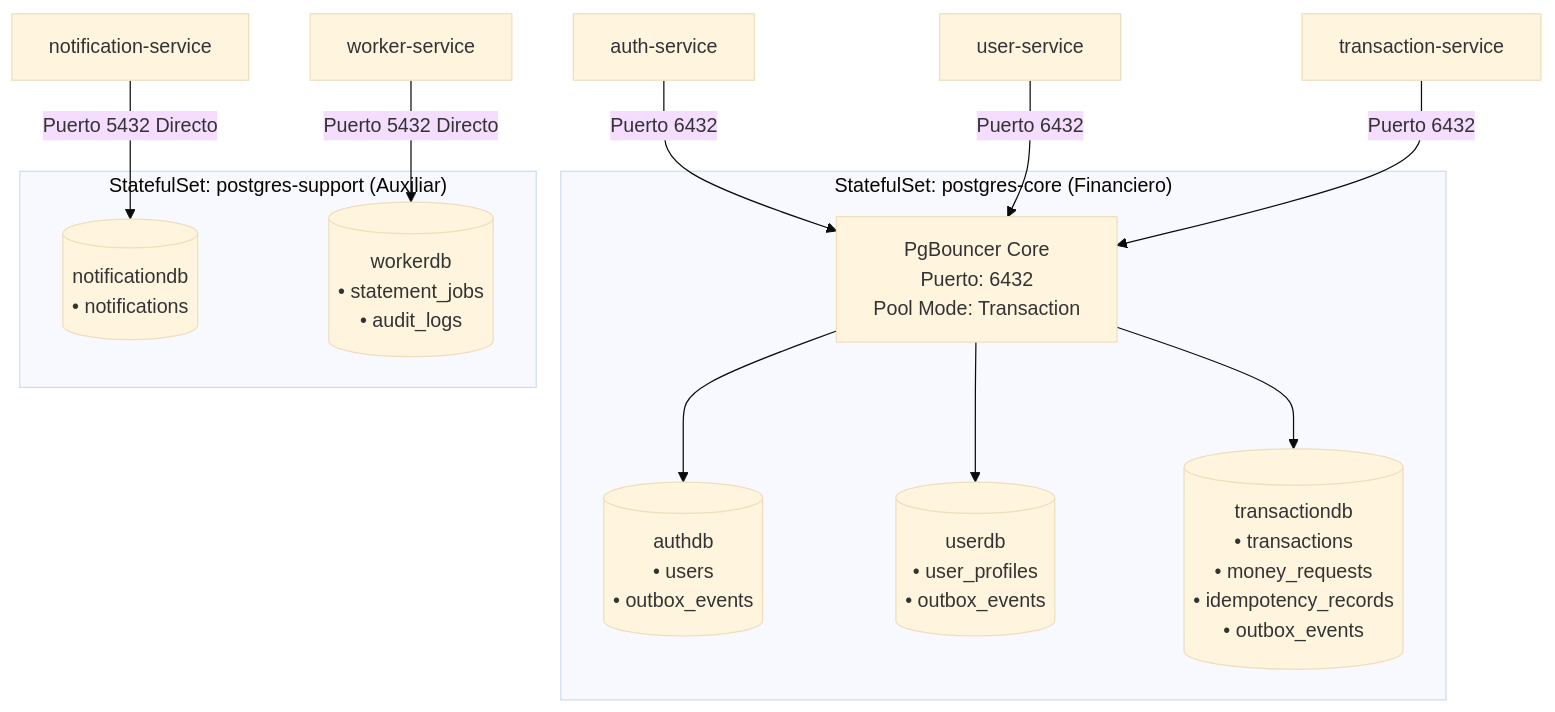
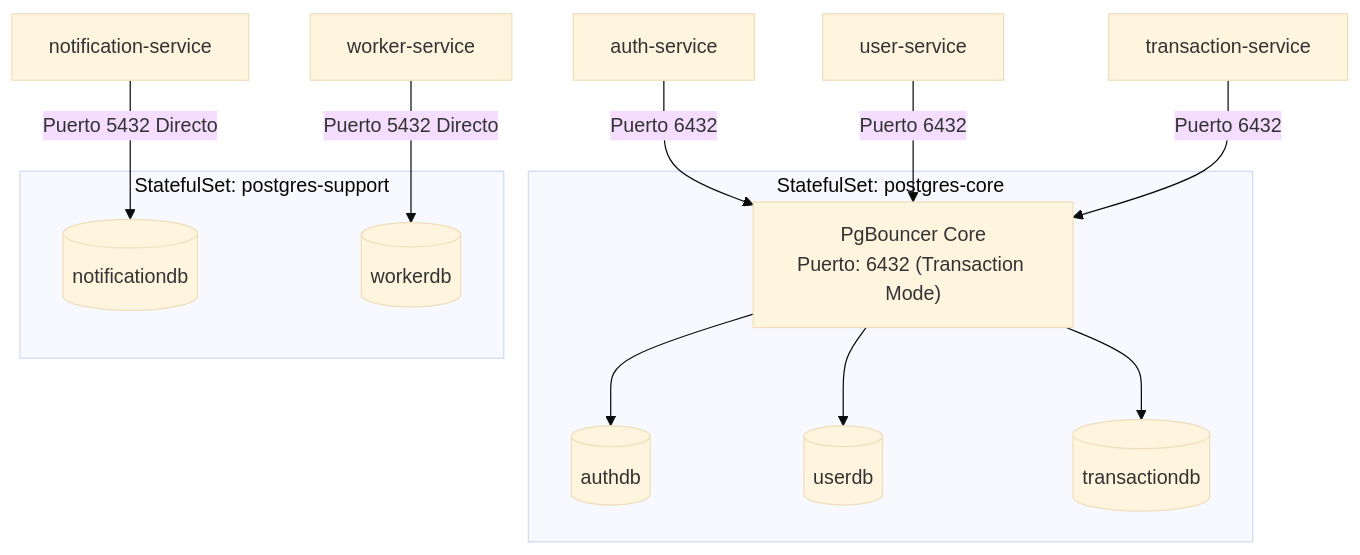
Before and after one commit to bleidertcs/fintech-wallet: the third of 4 diagrams in docs/architecture.md, drawn with Mermaid (base theme). The commit also changed other lines of this file and 27 other files, not shown here.

Commit message:
feat: generate project documentation and graphify visualization assets

````diff
--- a/docs/architecture.md
+++ b/docs/architecture.md
@@ -177,25 +182,25 @@
 ```mermaid
 graph TD
-    subgraph CoreCluster ["StatefulSet: postgres-core (Financiero)"]
-        PgBouncer["PgBouncer Core<br>Puerto: 6432<br>Pool Mode: Transaction"]
-        AuthDB[("authdb<br>• users<br>• outbox_events")]
-        UserDB[("userdb<br>• user_profiles<br>• outbox_events")]
-        TxDB[("transactiondb<br>• transactions<br>• money_requests<br>• idempotency_records<br>• outbox_events")]
+    subgraph CoreCluster ["StatefulSet: postgres-core"]
+        PgBouncer["PgBouncer Core<br>Puerto: 6432 (Transaction Mode)"]
+        AuthDB[("authdb")]
+        UserDB[("userdb")]
+        TxDB[("transactiondb")]
 
         PgBouncer --> AuthDB
         PgBouncer --> UserDB
         PgBouncer --> TxDB
     end
 
-    subgraph SupportCluster ["StatefulSet: postgres-support (Auxiliar)"]
-        NotifDB[("notificationdb<br>• notifications")]
-        WorkerDB[("workerdb<br>• statement_jobs<br>• audit_logs")]
+    subgraph SupportCluster ["StatefulSet: postgres-support"]
+        NotifDB[("notificationdb")]
+        WorkerDB[("workerdb")]
     end
 
     AuthSvc["auth-service"] -->|Puerto 6432| PgBouncer
     UserSvc["user-service"] -->|Puerto 6432| PgBouncer
     TxSvc["transaction-service"] -->|Puerto 6432| PgBouncer
 
     NotifSvc["notification-service"] -->|Puerto 5432 Directo| NotifDB
     WorkerSvc["worker-service"] -->|Puerto 5432 Directo| WorkerDB
 ```
````
